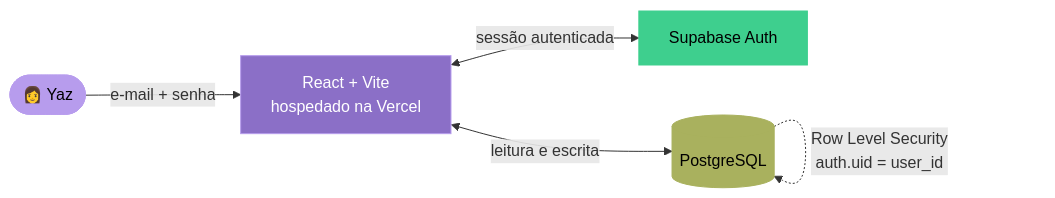
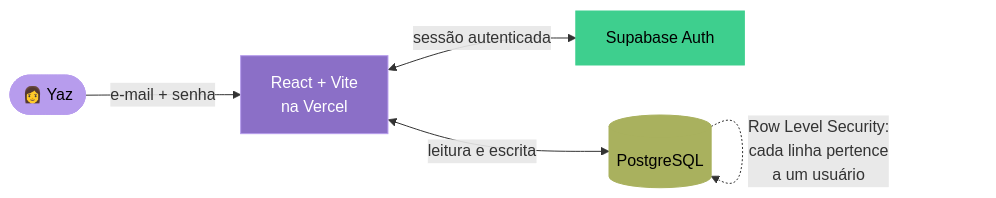
One commit to yasmindematos/hub-pessoal-showcase changed the diagram in README.md. Above: the diagram before and after it, drawn with Mermaid. The commit also changed other lines of this file, not shown here.

````diff
--- a/README.md
+++ b/README.md
@@ -49,11 +50,11 @@
 ```mermaid
 flowchart LR
-    U([👩 Yaz]) -->|e-mail + senha| A[React + Vite <br/>hospedado na Vercel]
-    A <-->|sessão autenticada| B[Supabase Auth]
-    A <-->|leitura e escrita| C[(PostgreSQL)]
-    C -.->|Row Level Security<br/>auth.uid = user_id| C
+    U(["👩 Yaz"]) -->|"e-mail + senha"| A["React + Vite<br/>na Vercel"]
+    A <-->|"sessão autenticada"| B["Supabase Auth"]
+    A <-->|"leitura e escrita"| C[("PostgreSQL")]
+    C -.->|"Row Level Security:<br/>cada linha pertence<br/>a um usuário"| C
     style A fill:#8B6FC7,color:#fff,stroke:#B79CED
     style B fill:#3ECF8E,color:#000,stroke:#3ECF8E
     style C fill:#A9B15E,color:#000,stroke:#A9B15E
     style U fill:#B79CED,color:#000,stroke:#B79CED
 ```
````
